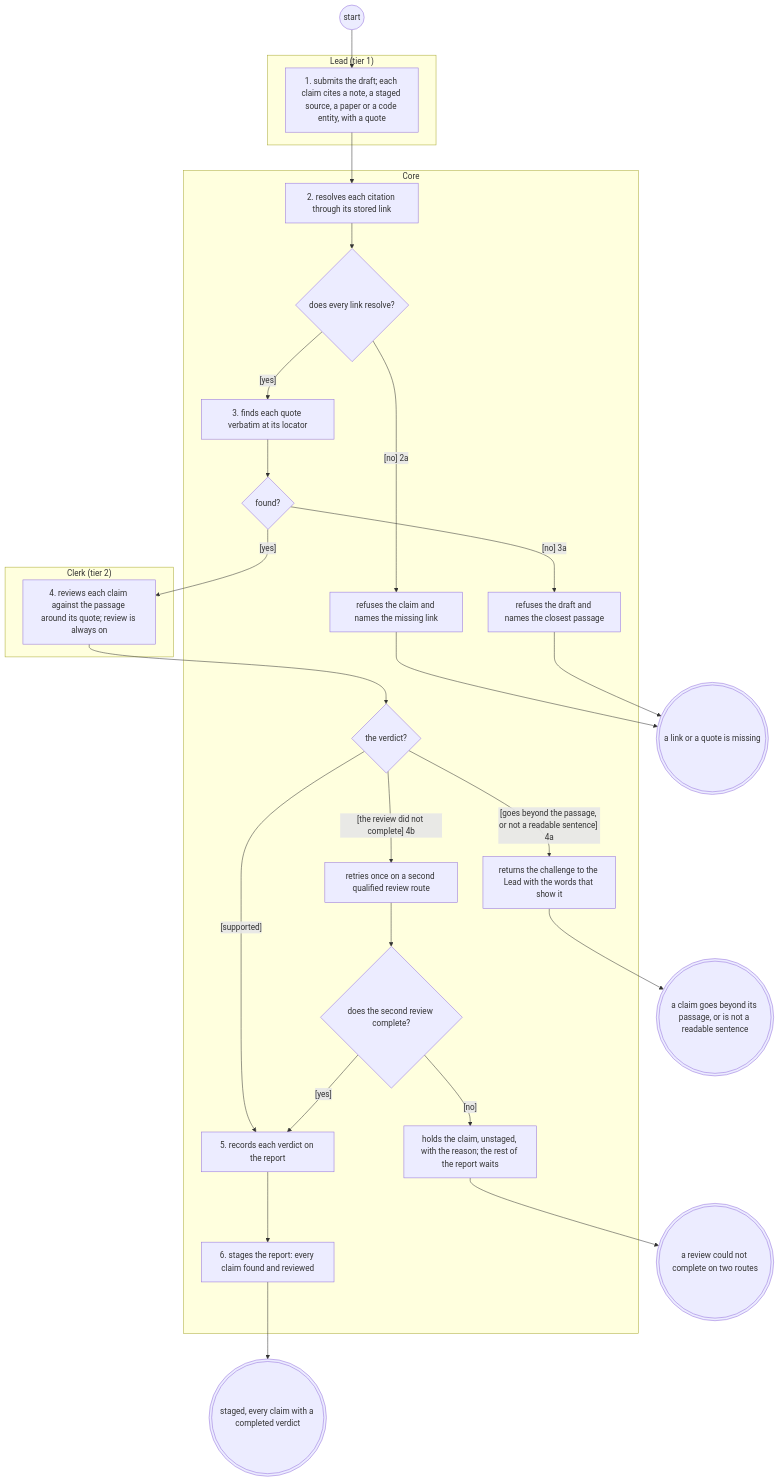
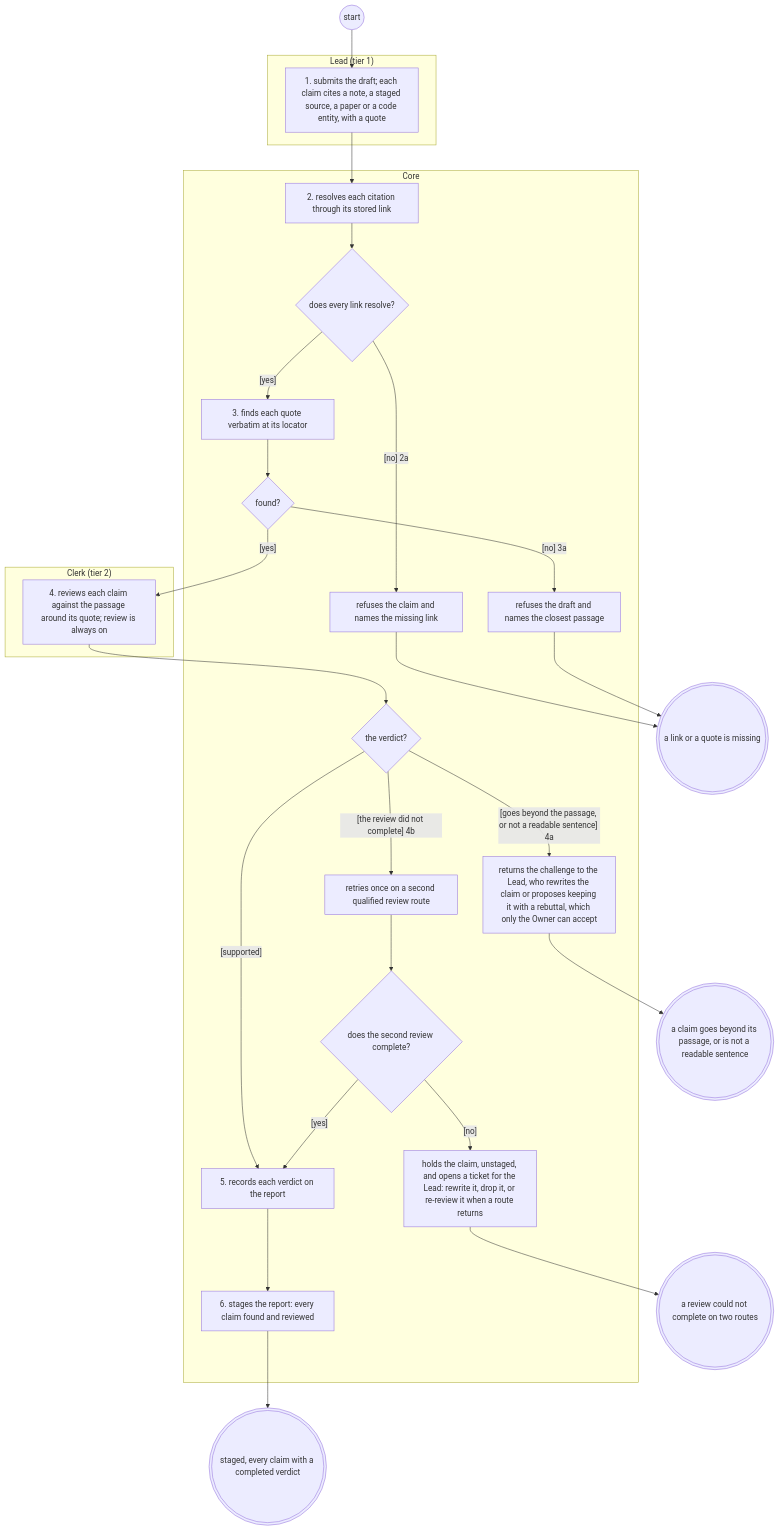
The diagram in reports/2026-11-25-systems-analysis-finalisation/librarian/to-be/views/verify-claims.views.md (Jake36999/Librarian_V2), drawn with Mermaid before and after one commit. The commit also changed other lines of this file and 101 other files, not shown here.

````diff
--- a/reports/2026-11-25-systems-analysis-finalisation/librarian/to-be/views/verify-claims.views.md
+++ b/reports/2026-11-25-systems-analysis-finalisation/librarian/to-be/views/verify-claims.views.md
@@ -58,51 +58,51 @@
 ```mermaid
 flowchart TD
   subgraph Lead_tier_1_["Lead (tier 1)"]
     submit["1. submits the draft; each claim cites a note, a staged source, a paper or a code entity, with a quote"]
   end
   subgraph Core["Core"]
     resolve["2. resolves each citation through its stored link"]
     dlink{"does every link resolve?"}
     nolink["refuses the claim and names the missing link"]
     quote["3. finds each quote verbatim at its locator"]
     dquote{"found?"}
     closest["refuses the draft and names the closest passage"]
     dverdict{"the verdict?"}
     retry["retries once on a second qualified review route"]
     dretry{"does the second review complete?"}
-    hold["holds the claim, unstaged, with the reason; the rest of the report waits"]
-    challenge["returns the challenge to the Lead with the words that show it"]
+    hold["holds the claim, unstaged, and opens a ticket for the Lead: rewrite it, drop it, or re-review it when a route returns"]
+    challenge["returns the challenge to the Lead, who rewrites the claim or proposes keeping it with a rebuttal, which only the Owner can accept"]
     record["5. records each verdict on the report"]
     stage["6. stages the report: every claim found and reviewed"]
   end
   subgraph Clerk_tier_2_["Clerk (tier 2)"]
     review["4. reviews each claim against the passage around its quote; review is always on"]
   end
   s(("start"))
   e1((("staged, every claim with a completed verdict")))
   e_challenged((("a claim goes beyond its passage, or is not a readable sentence")))
   e_refused((("a link or a quote is missing")))
   e_held((("a review could not complete on two routes")))
   s --> submit
   submit --> resolve
   resolve --> dlink
   dlink -->|"[yes]"| quote
   dlink -->|"[no] 2a"| nolink
   nolink --> e_refused
   quote --> dquote
   dquote -->|"[yes]"| review
   dquote -->|"[no] 3a"| closest
   closest --> e_refused
   review --> dverdict
   dverdict -->|"[supported]"| record
   dverdict -->|"[goes beyond the passage, or not a readable sentence] 4a"| challenge
   dverdict -->|"[the review did not complete] 4b"| retry
   retry --> dretry
   dretry -->|"[yes]"| record
   dretry -->|"[no]"| hold
   hold --> e_held
   challenge --> e_challenged
   record --> stage
   stage --> e1
   classDef ext stroke:#d9534f,stroke-width:2px
 ```
````
